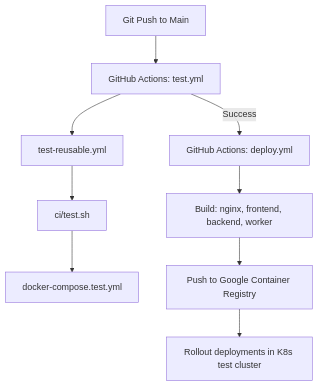
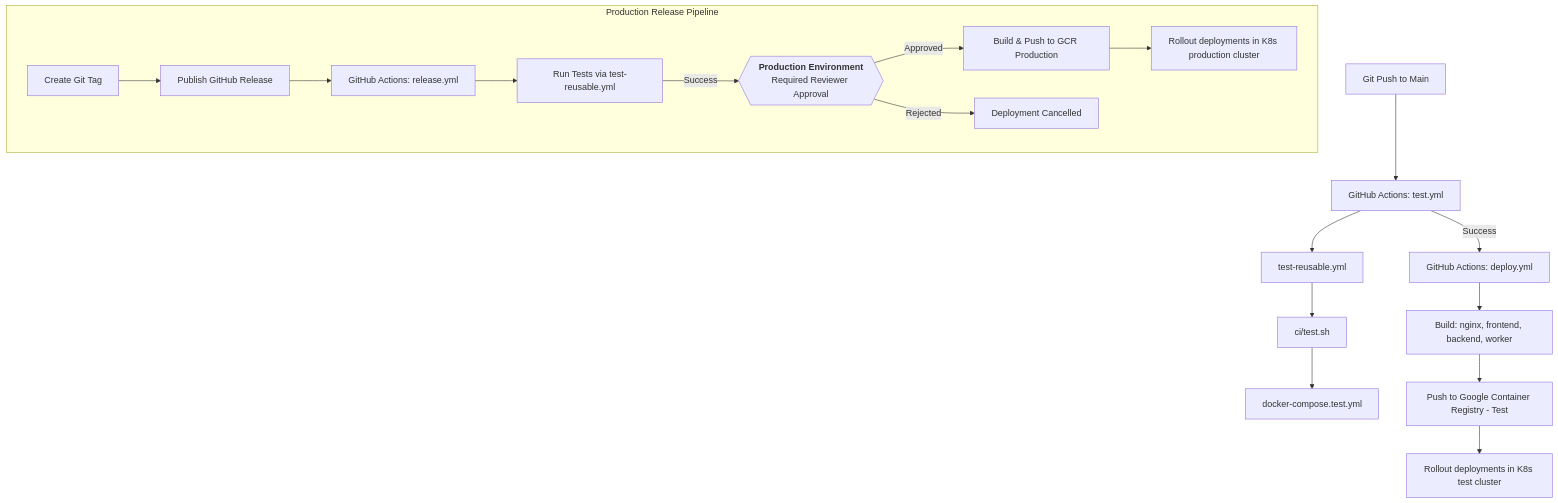
The diagram in docs/prd/deployment_prd.md (akvo/nbd-phase-1), drawn with Mermaid before and after one commit. The commit also changed other lines of this file, not shown here.

Commit message:
[#132] docs(prd): update deployment PRD v1.2 with production pipeline runbook

````diff
--- a/docs/prd/deployment_prd.md
+++ b/docs/prd/deployment_prd.md
@@ -83,12 +94,23 @@
 ```mermaid
 flowchart TD
     Push[Git Push to Main] --> CI[GitHub Actions: test.yml]
     CI --> Reusable[test-reusable.yml]
     Reusable --> TestScript[ci/test.sh]
     TestScript --> TestCompose[docker-compose.test.yml]
 
     CI -- Success --> CD[GitHub Actions: deploy.yml]
     CD --> BuildImages[Build: nginx, frontend, backend, worker]
-    BuildImages --> PushRegistry[Push to Google Container Registry]
+    BuildImages --> PushRegistry[Push to Google Container Registry - Test]
     PushRegistry --> Rollout[Rollout deployments in K8s test cluster]
+
+    subgraph Production Release Pipeline
+        Tag[Create Git Tag] --> Release[Publish GitHub Release]
+        Release --> ReleasePipeline[GitHub Actions: release.yml]
+        ReleasePipeline --> RunTests[Run Tests via test-reusable.yml]
+        RunTests -- Success --> Gate{{"`**Production Environment**
+Required Reviewer Approval`"}}
+        Gate -- Approved --> ProdBuild[Build & Push to GCR Production]
+        ProdBuild --> ProdRollout[Rollout deployments in K8s production cluster]
+        Gate -- Rejected --> Stop[Deployment Cancelled]
+    end
 ```
````
